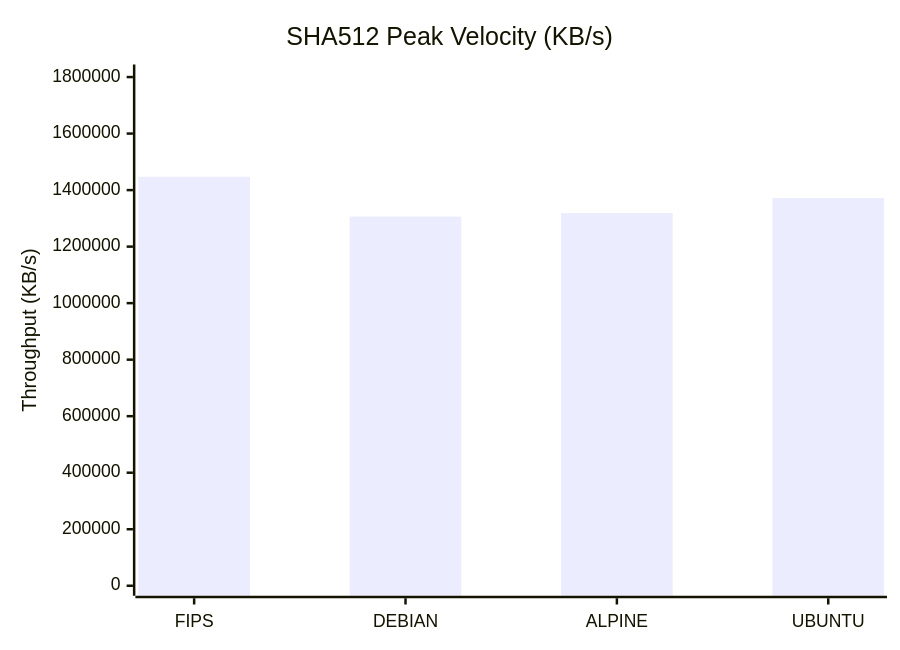
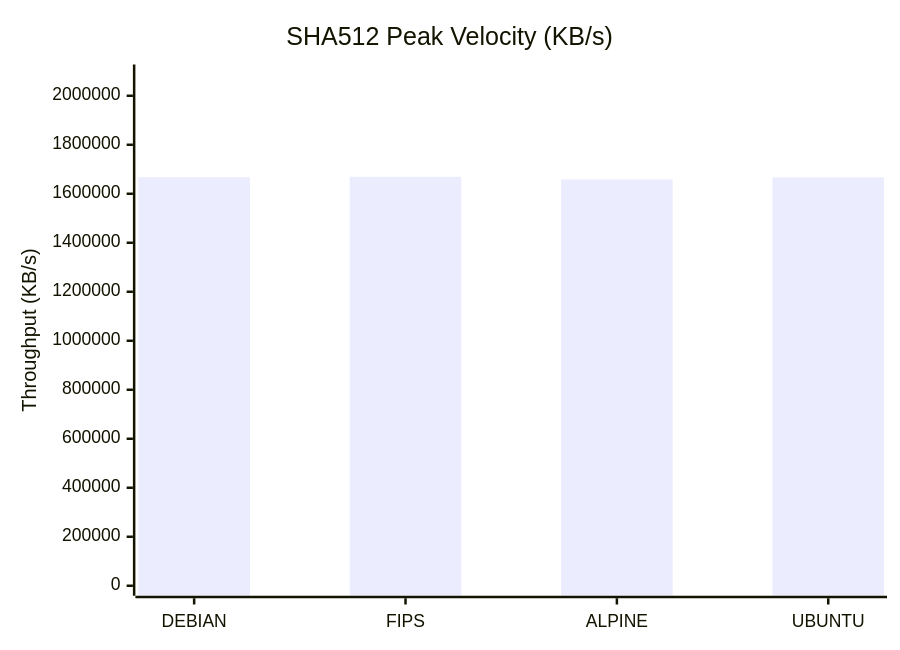
Before and after one commit to taha2samy/openssl_fips: the fourth of 9 diagrams in docs/Comparison_Report.md, drawn with Mermaid. The commit also changed other lines of this file and 2 other files, not shown here.

````diff
--- a/docs/Comparison_Report.md
+++ b/docs/Comparison_Report.md
@@ -106,7 +83,7 @@
 ```mermaid
 xychart-beta
     title "SHA512 Peak Velocity (KB/s)"
-    x-axis [FIPS, DEBIAN, ALPINE, UBUNTU]
-    y-axis "Throughput (KB/s)" 0 --> 1809039
-    bar [1447231.49, 1306215.11, 1318855.77, 1371951.45]
+    x-axis [DEBIAN, FIPS, ALPINE, UBUNTU]
+    y-axis "Throughput (KB/s)" 0 --> 2086840
+    bar [1667563.52, 1669472.26, 1658257.41, 1666965.5]
 ```
````
